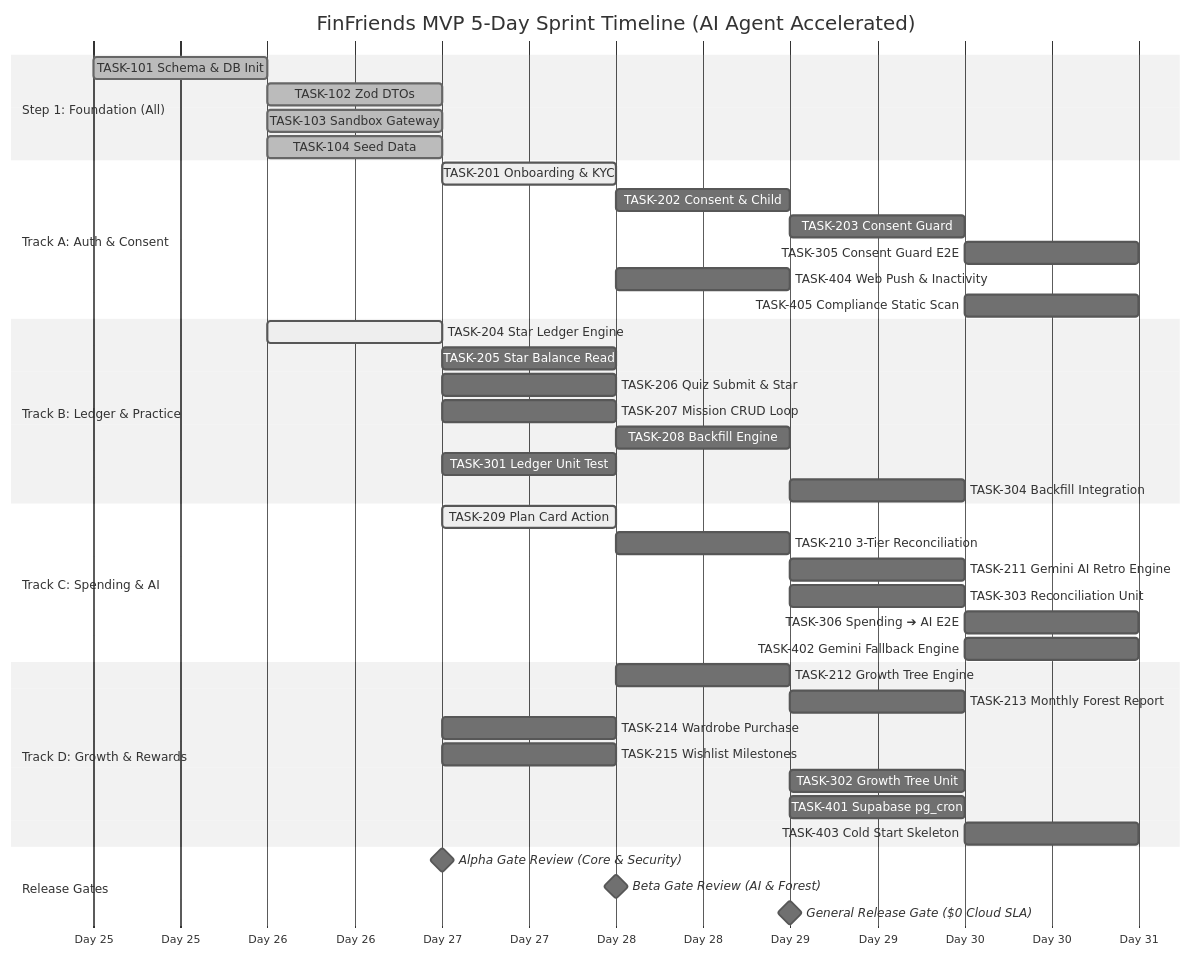
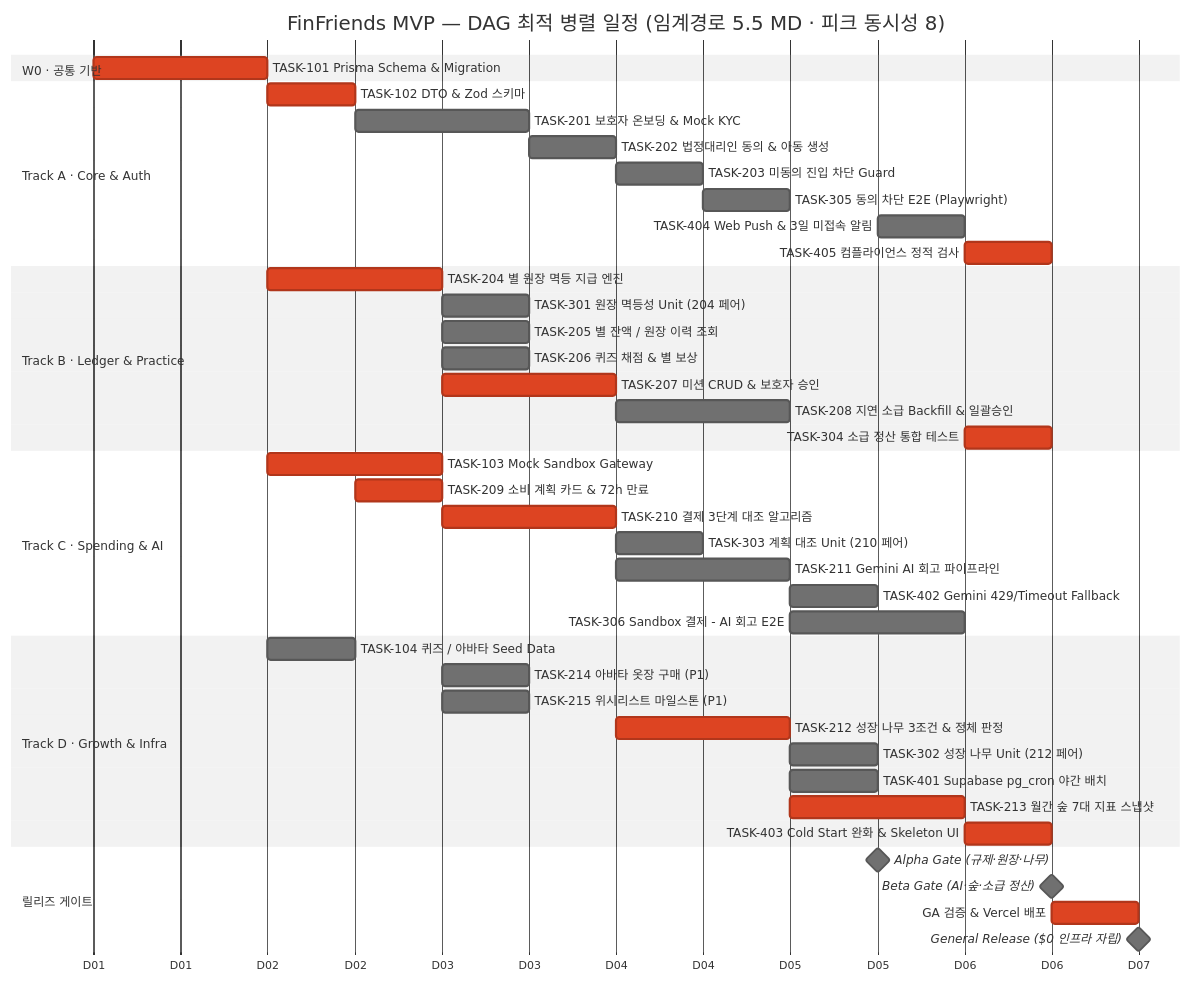
The third of 4 diagrams in docs/00_PROJECT_DAG_ROADMAP.md (hayoungv/finfriends-prd-to-srs), drawn with Mermaid (neutral theme) before and after one commit. The commit also changed other lines of this file and 3 other files, not shown here.

````diff
--- a/docs/00_PROJECT_DAG_ROADMAP.md
+++ b/docs/00_PROJECT_DAG_ROADMAP.md
@@ -102,51 +348,53 @@
 ```mermaid
 gantt
-    title FinFriends MVP 5-Day Sprint Timeline (AI Agent Accelerated)
-    dateFormat  YYYY-MM-DD
-    axisFormat  Day %d
+    title FinFriends MVP — DAG 최적 병렬 일정 (임계경로 5.5 MD · 피크 동시성 8)
+    dateFormat  YYYY-MM-DD HH:mm
+    axisFormat  D%d
+    todayMarker off
 
-    section Step 1: Foundation (All)
-    TASK-101 Schema & DB Init      :done, t101, 2026-08-25, 1d
-    TASK-102 Zod DTOs              :done, t102, after t101, 0.5d
-    TASK-103 Sandbox Gateway       :done, t103, after t101, 0.5d
-    TASK-104 Seed Data             :done, t104, after t101, 0.5d
+    section W0 · 공통 기반
+    TASK-101 Prisma Schema & Migration     :crit, t101, 2026-09-01 00:00, 1d
 
-    section Track A: Auth & Consent
-    TASK-201 Onboarding & KYC      :active, t201, after t102, 1d
-    TASK-202 Consent & Child       :t202, after t201, 0.5d
-    TASK-203 Consent Guard         :t203, after t202, 0.5d
-    TASK-305 Consent Guard E2E     :t305, after t203, 0.5d
-    TASK-404 Web Push & Inactivity :t404, after t201, 0.5d
-    TASK-405 Compliance Static Scan:t405, after t203, 0.5d
+    section Track A · Core & Auth
+    TASK-102 DTO & Zod 스키마               :crit, t102, 2026-09-02 00:00, 12h
+    TASK-201 보호자 온보딩 & Mock KYC        :t201, 2026-09-02 12:00, 1d
+    TASK-202 법정대리인 동의 & 아동 생성      :t202, 2026-09-03 12:00, 12h
+    TASK-203 미동의 진입 차단 Guard          :t203, 2026-09-04 00:00, 12h
+    TASK-305 동의 차단 E2E (Playwright)     :t305, 2026-09-04 12:00, 12h
+    TASK-404 Web Push & 3일 미접속 알림      :t404, 2026-09-05 12:00, 12h
+    TASK-405 컴플라이언스 정적 검사           :crit, t405, 2026-09-06 00:00, 12h
 
-    section Track B: Ledger & Practice
-    TASK-204 Star Ledger Engine    :active, t204, after t101, 1d
-    TASK-205 Star Balance Read     :t205, after t204, 0.5d
-    TASK-206 Quiz Submit & Star    :t206, after t204, 0.5d
-    TASK-207 Mission CRUD Loop     :t207, after t204, 1d
-    TASK-208 Backfill Engine       :t208, after t207, 0.5d
-    TASK-301 Ledger Unit Test      :t301, after t204, 0.5d
-    TASK-304 Backfill Integration  :t304, after t208, 0.5d
+    section Track B · Ledger & Practice
+    TASK-204 별 원장 멱등 지급 엔진           :crit, t204, 2026-09-02 00:00, 1d
+    TASK-301 원장 멱등성 Unit (204 페어)     :t301, 2026-09-03 00:00, 12h
+    TASK-205 별 잔액 / 원장 이력 조회         :t205, 2026-09-03 00:00, 12h
+    TASK-206 퀴즈 채점 & 별 보상             :t206, 2026-09-03 00:00, 12h
+    TASK-207 미션 CRUD & 보호자 승인         :crit, t207, 2026-09-03 00:00, 1d
+    TASK-208 지연 소급 Backfill & 일괄승인    :t208, 2026-09-04 00:00, 1d
+    TASK-304 소급 정산 통합 테스트            :crit, t304, 2026-09-06 00:00, 12h
 
-    section Track C: Spending & AI
-    TASK-209 Plan Card Action      :active, t209, after t103, 0.5d
-    TASK-210 3-Tier Reconciliation :t210, after t209, 1d
-    TASK-211 Gemini AI Retro Engine:t211, after t210, 1d
-    TASK-303 Reconciliation Unit   :t303, after t210, 0.5d
-    TASK-306 Spending ➔ AI E2E     :t306, after t211, 0.5d
-    TASK-402 Gemini Fallback Engine:t402, after t211, 0.5d
+    section Track C · Spending & AI
+    TASK-103 Mock Sandbox Gateway          :crit, t103, 2026-09-02 00:00, 1d
+    TASK-209 소비 계획 카드 & 72h 만료       :crit, t209, 2026-09-02 12:00, 12h
+    TASK-210 결제 3단계 대조 알고리즘         :crit, t210, 2026-09-03 00:00, 1d
+    TASK-303 계획 대조 Unit (210 페어)       :t303, 2026-09-04 00:00, 12h
+    TASK-211 Gemini AI 회고 파이프라인        :t211, 2026-09-04 00:00, 1d
+    TASK-402 Gemini 429/Timeout Fallback   :t402, 2026-09-05 00:00, 12h
+    TASK-306 Sandbox 결제 - AI 회고 E2E     :t306, 2026-09-05 00:00, 1d
 
-    section Track D: Growth & Rewards
-    TASK-212 Growth Tree Engine    :t212, after t207, 1d
-    TASK-213 Monthly Forest Report :t213, after t212, 0.5d
-    TASK-214 Wardrobe Purchase     :t214, after t204, 0.5d
-    TASK-215 Wishlist Milestones   :t215, after t204, 0.5d
-    TASK-302 Growth Tree Unit      :t302, after t212, 0.5d
-    TASK-401 Supabase pg_cron      :t401, after t212, 0.5d
-    TASK-403 Cold Start Skeleton   :t403, after t213, 0.5d
+    section Track D · Growth & Infra
+    TASK-104 퀴즈 / 아바타 Seed Data        :t104, 2026-09-02 00:00, 12h
+    TASK-214 아바타 옷장 구매 (P1)           :t214, 2026-09-03 00:00, 12h
+    TASK-215 위시리스트 마일스톤 (P1)         :t215, 2026-09-03 00:00, 12h
+    TASK-212 성장 나무 3조건 & 정체 판정       :crit, t212, 2026-09-04 00:00, 1d
+    TASK-302 성장 나무 Unit (212 페어)       :t302, 2026-09-05 00:00, 12h
+    TASK-401 Supabase pg_cron 야간 배치      :t401, 2026-09-05 00:00, 12h
+    TASK-213 월간 숲 7대 지표 스냅샷          :crit, t213, 2026-09-05 00:00, 1d
+    TASK-403 Cold Start 완화 & Skeleton UI  :crit, t403, 2026-09-06 00:00, 12h
 
-    section Release Gates
-    Alpha Gate Review (Core & Security) :milestone, m1, 2026-08-27, 0d
-    Beta Gate Review (AI & Forest)      :milestone, m2, 2026-08-28, 0d
-    General Release Gate ($0 Cloud SLA) :milestone, m3, 2026-08-29, 0d
+    section 릴리즈 게이트
+    Alpha Gate (규제·원장·나무)              :milestone, mA, 2026-09-05 12:00, 0d
+    Beta Gate (AI·숲·소급 정산)              :milestone, mB, 2026-09-06 12:00, 0d
+    GA 검증 & Vercel 배포                   :crit, tga, 2026-09-06 12:00, 12h
+    General Release ($0 인프라 자립)         :milestone, mG, 2026-09-07 00:00, 0d
 ```
````
